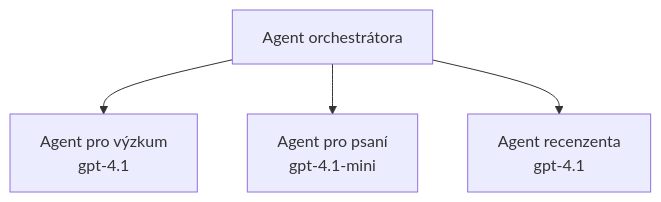
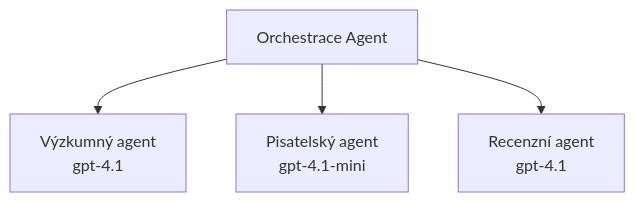
The third of 3 diagrams in translations/cs/docs/chapter-02-ai-development/agents.md (microsoft/AZD-for-beginners), drawn with Mermaid before and after one commit. The commit also changed other lines of this file and 61 other files, not shown here.

````diff
--- a/translations/cs/docs/chapter-02-ai-development/agents.md
+++ b/translations/cs/docs/chapter-02-ai-development/agents.md
@@ -201,6 +201,6 @@
 ```mermaid
 graph TD
-    Orchestrator[Agent orchestrátora] --> Research[Agent pro výzkum<br/>gpt-4.1]
-    Orchestrator --> Writer[Agent pro psaní<br/>gpt-4.1-mini]
-    Orchestrator --> Reviewer[Agent recenzenta<br/>gpt-4.1]
+    Orchestrator[Orchestrace Agent] --> Research[Výzkumný agent<br/>gpt-4.1]
+    Orchestrator --> Writer[Pisatelský agent<br/>gpt-4.1-mini]
+    Orchestrator --> Reviewer[Recenzní agent<br/>gpt-4.1]
 ```
````
